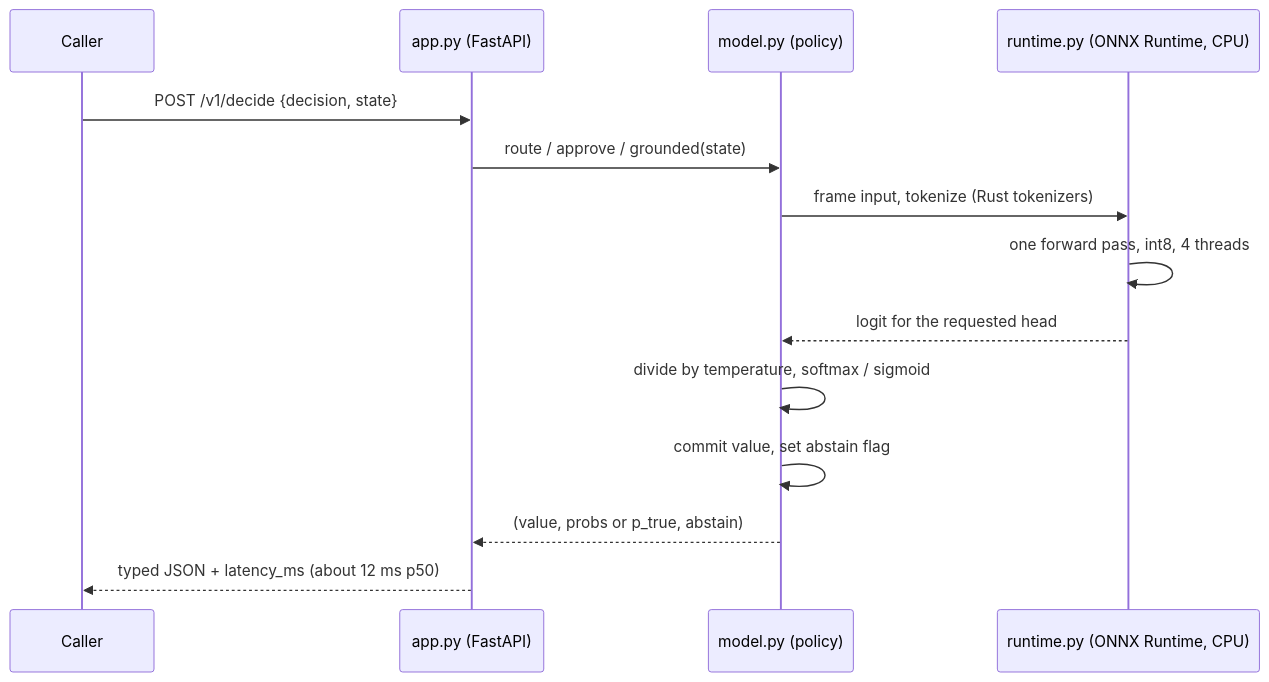
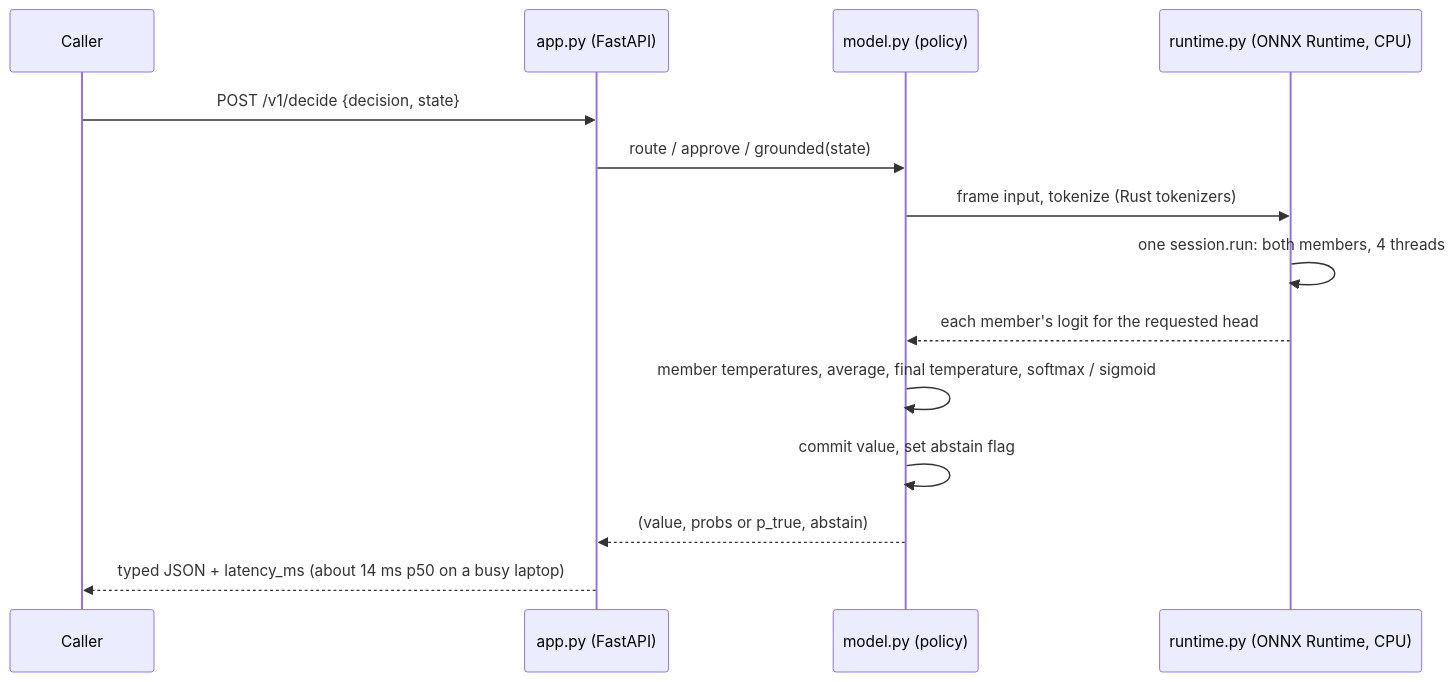
One commit to Amal-Verma/Jev-router-decide changed the second of 5 diagrams in docs/ARCHITECTURE.md. Above: the diagram before and after it, drawn with Mermaid. The commit also changed other lines of this file and 14 other files, not shown here.

Commit message:
Docs: served model is the MiniLM + Ettin-17m ensemble (one graph, Ettin fp32), 85.44 on dev; add int8 finding, CV and latency risk; baseline moved to baseline/

````diff
--- a/docs/ARCHITECTURE.md
+++ b/docs/ARCHITECTURE.md
@@ -44,16 +48,16 @@
 ```mermaid
 sequenceDiagram
     participant C as Caller
     participant A as app.py (FastAPI)
     participant M as model.py (policy)
     participant R as runtime.py (ONNX Runtime, CPU)
     C->>A: POST /v1/decide {decision, state}
     A->>M: route / approve / grounded(state)
     M->>R: frame input, tokenize (Rust tokenizers)
-    R->>R: one forward pass, int8, 4 threads
-    R-->>M: logit for the requested head
-    M->>M: divide by temperature, softmax / sigmoid
+    R->>R: one session.run: both members, 4 threads
+    R-->>M: each member's logit for the requested head
+    M->>M: member temperatures, average, final temperature, softmax / sigmoid
     M->>M: commit value, set abstain flag
     M-->>A: (value, probs or p_true, abstain)
-    A-->>C: typed JSON + latency_ms (about 12 ms p50)
+    A-->>C: typed JSON + latency_ms (about 14 ms p50 on a busy laptop)
 ```
````
